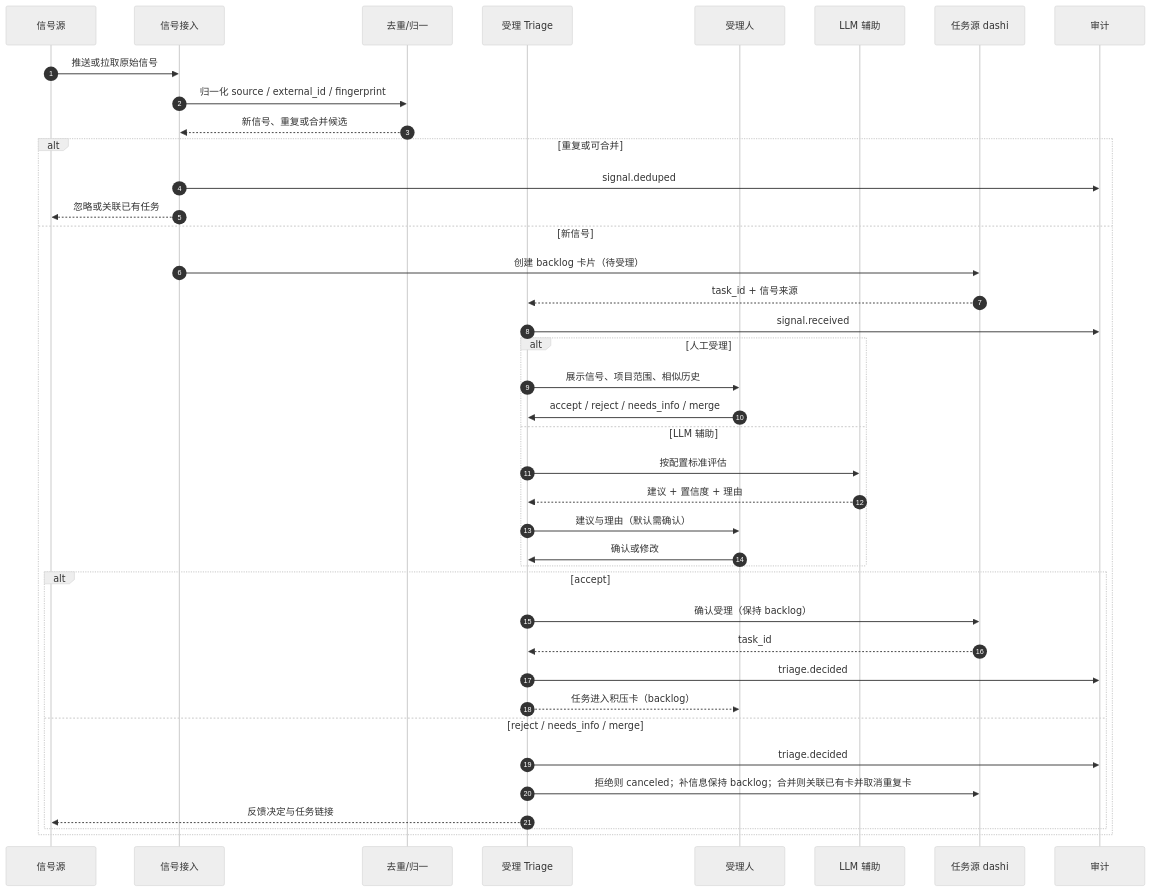
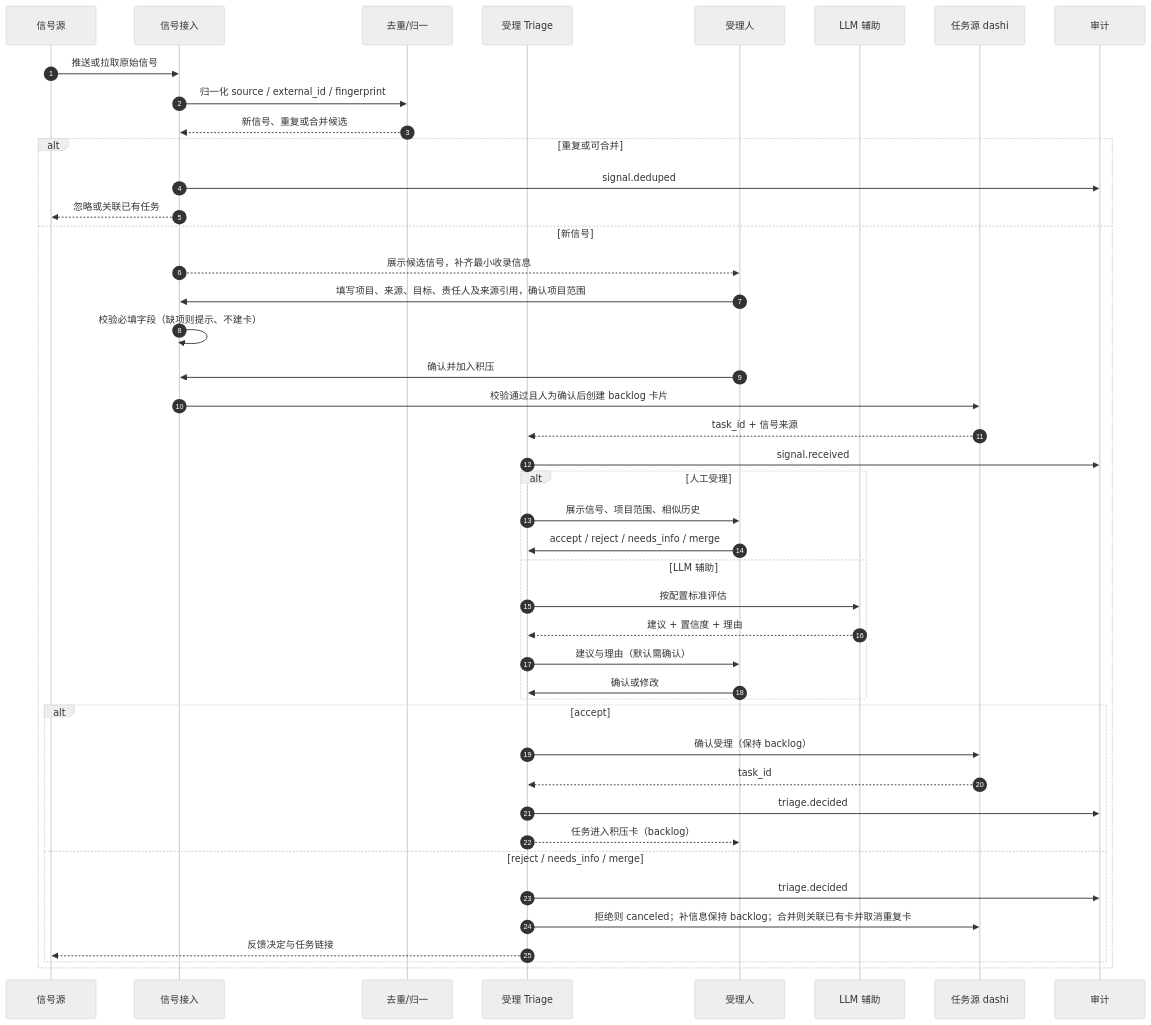
One commit to zqshi/cooperation changed the first of 10 diagrams in docs/06-流程时序图.md. Above: the diagram before and after it, drawn with Mermaid (neutral theme). The commit also changed other lines of this file and 10 other files, not shown here.

````diff
--- a/docs/06-流程时序图.md
+++ b/docs/06-流程时序图.md
@@ -51,43 +51,47 @@
 ```mermaid
 sequenceDiagram
   autonumber
   participant S as 信号源
   participant I as 信号接入
   participant D as 去重/归一
   participant R as 受理 Triage
   participant H as 受理人
   participant L as LLM 辅助
   participant T as 任务源 dashi
   participant A as 审计
 
   S->>I: 推送或拉取原始信号
   I->>D: 归一化 source / external_id / fingerprint
   D-->>I: 新信号、重复或合并候选
   alt 重复或可合并
     I->>A: signal.deduped
     I-->>S: 忽略或关联已有任务
   else 新信号
-    I->>T: 创建 backlog 卡片（待受理）
+    I-->>H: 展示候选信号，补齐最小收录信息
+    H->>I: 填写项目、来源、目标、责任人及来源引用，确认项目范围
+    I->>I: 校验必填字段（缺项则提示、不建卡）
+    H->>I: 确认并加入积压
+    I->>T: 校验通过且人为确认后创建 backlog 卡片
     T-->>R: task_id + 信号来源
     R->>A: signal.received
     alt 人工受理
       R->>H: 展示信号、项目范围、相似历史
       H->>R: accept / reject / needs_info / merge
     else LLM 辅助
       R->>L: 按配置标准评估
       L-->>R: 建议 + 置信度 + 理由
       R->>H: 建议与理由（默认需确认）
       H->>R: 确认或修改
     end
     alt accept
       R->>T: 确认受理（保持 backlog）
       T-->>R: task_id
       R->>A: triage.decided
       R-->>H: 任务进入积压卡（backlog）
     else reject / needs_info / merge
       R->>A: triage.decided
       R->>T: 拒绝则 canceled；补信息保持 backlog；合并则关联已有卡并取消重复卡
       R-->>S: 反馈决定与任务链接
     end
   end
 ```
````
